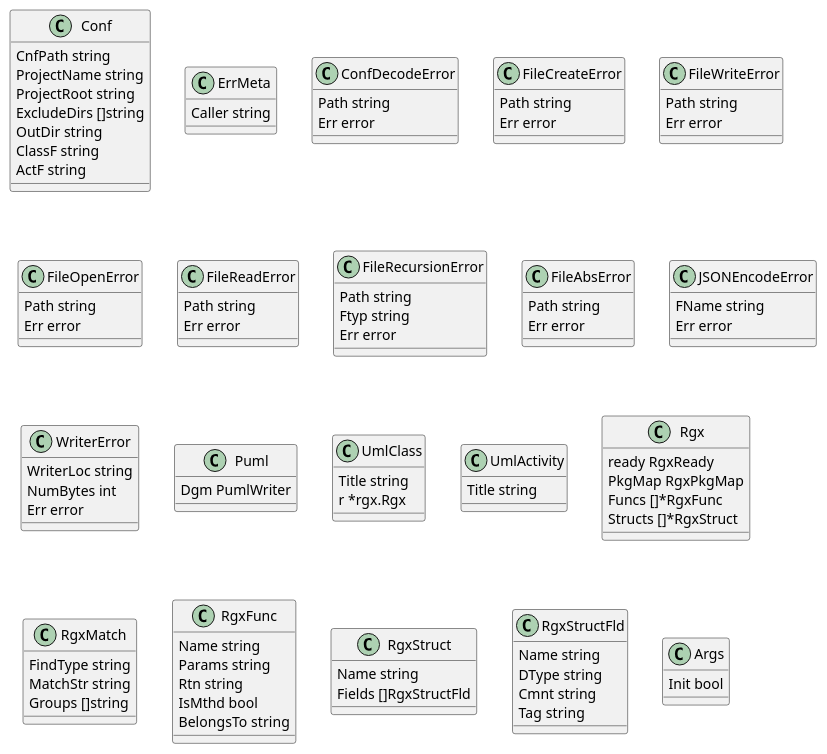
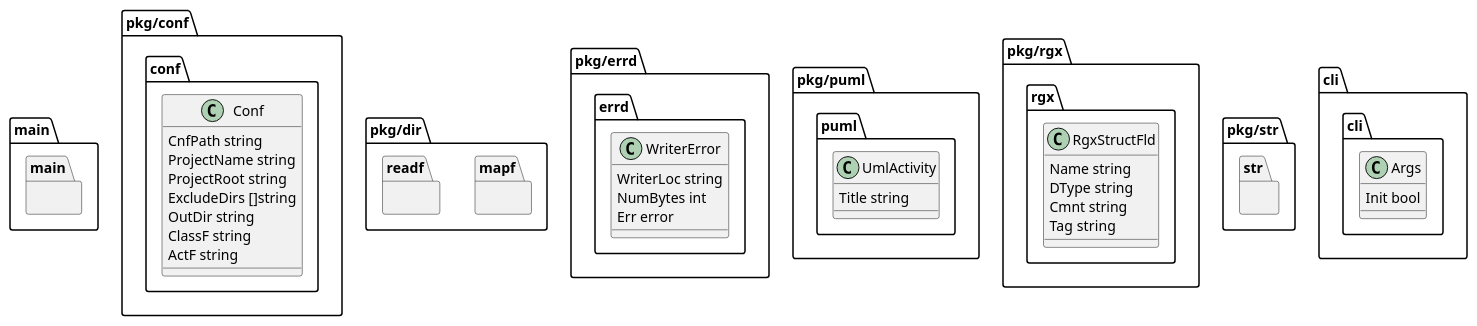
Before and after one commit to jdetok/gopuml: the diagram in pumlout/uml_class.puml, drawn with PlantUML. The commit also changed 2 other files, not shown here.

```diff
--- a/pumlout/uml_class.puml
+++ b/pumlout/uml_class.puml
@@ -1,94 +1,63 @@
 @startuml Test UML Class
-class Conf {
-	CnfPath string
-	ProjectName string
-	ProjectRoot string
-	ExcludeDirs []string
-	OutDir string
-	ClassF string
-	ActF string
+package main {
+	package main {
+	}
 }
-class ErrMeta {
-	Caller string
+package pkg/conf {
+	package conf {
+		class Conf {
+			CnfPath string
+			ProjectName string
+			ProjectRoot string
+			ExcludeDirs []string
+			OutDir string
+			ClassF string
+			ActF string
+		}
+	}
 }
-class ConfDecodeError {
-	Path string
-	Err error
+package pkg/dir {
+	package mapf {
+	}
+	package readf {
+	}
 }
-class FileCreateError {
-	Path string
-	Err error
+package pkg/errd {
+	package errd {
+		class WriterError {
+			WriterLoc string
+			NumBytes int
+			Err error
+		}
+	}
 }
-class FileWriteError {
-	Path string
-	Err error
+package pkg/puml {
+	package puml {
+		class UmlActivity {
+			Title string
+		}
+	}
 }
-class FileOpenError {
-	Path string
-	Err error
+package pkg/rgx {
+	package rgx {
+		class RgxStructFld {
+			Name string
+			DType string
+			Cmnt string
+			Tag string
+		}
+	}
 }
-class FileReadError {
-	Path string
-	Err error
+package pkg/str {
+	package str {
+	}
 }
-class FileRecursionError {
-	Path string
-	Ftyp string
-	Err error
-}
-class FileAbsError {
-	Path string
-	Err error
-}
-class JSONEncodeError {
-	FName string
-	Err error
-}
-class WriterError {
-	WriterLoc string
-	NumBytes int
-	Err error
-}
-class Puml {
-	Dgm PumlWriter
-}
-class UmlClass {
-	Title string
-	r *rgx.Rgx
-}
-class UmlActivity {
-	Title string
-}
-class Rgx {
-	ready RgxReady
-	PkgMap RgxPkgMap
-	Funcs []*RgxFunc
-	Structs []*RgxStruct
-}
-class RgxMatch {
-	FindType string
-	MatchStr string
-	Groups []string
-}
-class RgxFunc {
-	Name string
-	Params string
-	Rtn string
-	IsMthd bool
-	BelongsTo string
-}
-class RgxStruct {
-	Name string
-	Fields []RgxStructFld
-}
-class RgxStructFld {
-	Name string
-	DType string
-	Cmnt string
-	Tag string
-}
-class Args {
-	Init bool
+package cli {
+	package cli {
+		class Args {
+			Init bool
+		}
+	}
 }
 
 @enduml
```
